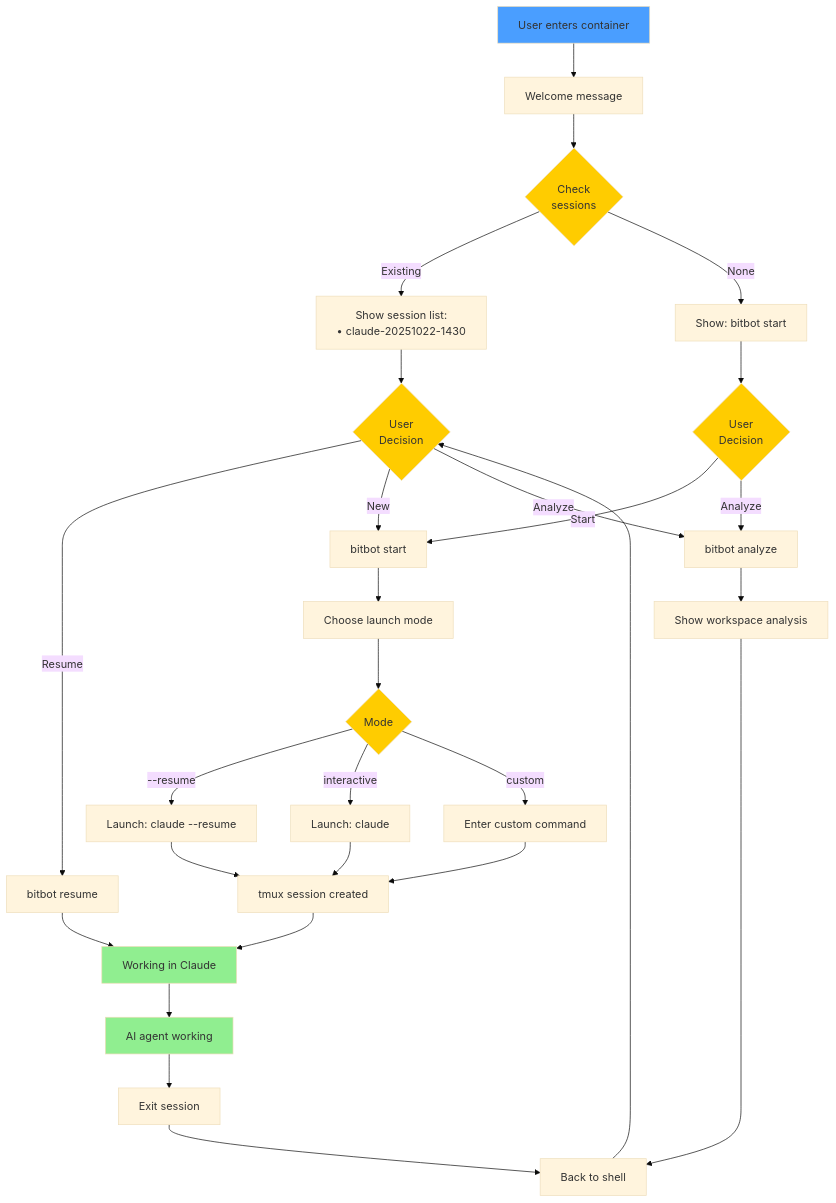
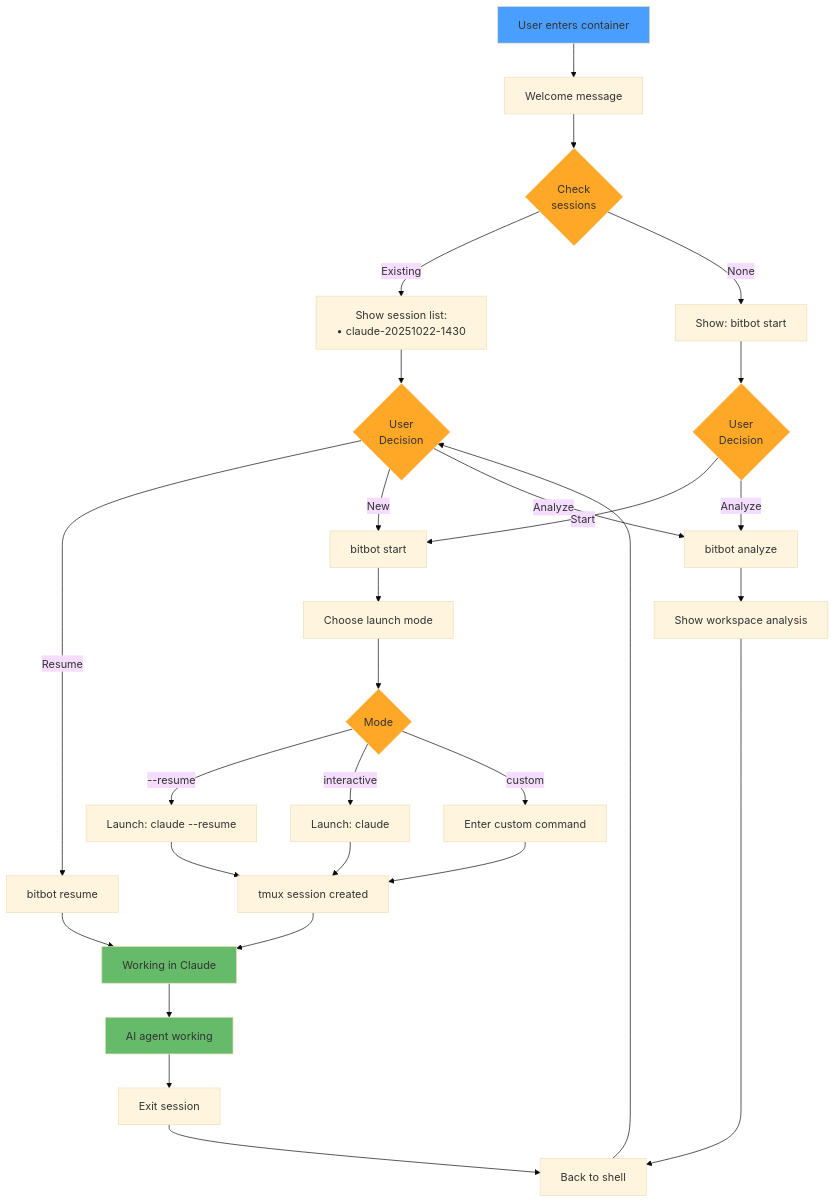
One commit to ManuelKugelmann/BitBot changed the fourth of 5 diagrams in sparc/2-pseudocode/FLOW_INNER_BITBOT.md. Above: the diagram before and after it, drawn with Mermaid (base theme). The commit also changed other lines of this file, not shown here.

First line of the commit message:
Update colors in FLOW_INNER_BITBOT pseudocode diagrams

````diff
--- a/sparc/2-pseudocode/FLOW_INNER_BITBOT.md
+++ b/sparc/2-pseudocode/FLOW_INNER_BITBOT.md
@@ -135,49 +135,49 @@
 ```mermaid
 flowchart TD
     Enter[User enters container] --> Welcome[Welcome message]
     Welcome --> Sess{Check<br/>sessions}
 
     Sess -->|Existing| ShowList[Show session list:<br/>• claude-20251022-1430]
     Sess -->|None| ShowHelp[Show: bitbot start]
 
     ShowList --> UserDec1{User<br/>Decision}
     ShowHelp --> UserDec2{User<br/>Decision}
 
     UserDec1 -->|Resume| Resume[bitbot resume]
     UserDec1 -->|New| Start[bitbot start]
     UserDec1 -->|Analyze| Analyze[bitbot analyze]
 
     UserDec2 -->|Start| Start
     UserDec2 -->|Analyze| Analyze
 
     Resume --> InClaude[Working in Claude]
     Start --> LaunchChoice[Choose launch mode]
 
     LaunchChoice --> Mode{Mode}
     Mode -->|--resume| ResumeFlag[Launch: claude --resume]
     Mode -->|interactive| InterMode[Launch: claude]
     Mode -->|custom| CustomCmd[Enter custom command]
 
     ResumeFlag --> Tmux[tmux session created]
     InterMode --> Tmux
     CustomCmd --> Tmux
 
     Tmux --> InClaude
 
     Analyze --> Results[Show workspace analysis]
     Results --> BackShell[Back to shell]
 
     InClaude --> Work[AI agent working]
     Work --> Exit[Exit session]
     Exit --> BackShell
 
     BackShell --> UserDec1
 
     style Enter fill:#4a9eff
-    style Sess fill:#ffcc00
-    style UserDec1 fill:#ffcc00
-    style UserDec2 fill:#ffcc00
-    style Mode fill:#ffcc00
-    style InClaude fill:#90ee90
-    style Work fill:#90ee90
+    style Sess fill:#ffa726,color:#333
+    style UserDec1 fill:#ffa726,color:#333
+    style UserDec2 fill:#ffa726,color:#333
+    style Mode fill:#ffa726,color:#333
+    style InClaude fill:#66bb6a,color:#333
+    style Work fill:#66bb6a,color:#333
 ```
````
